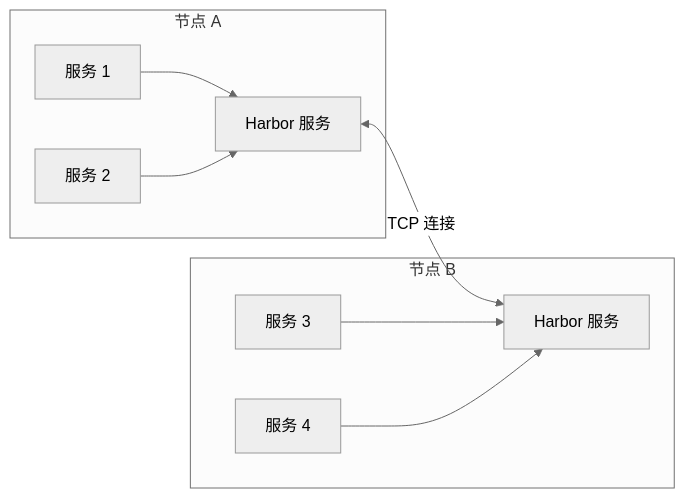
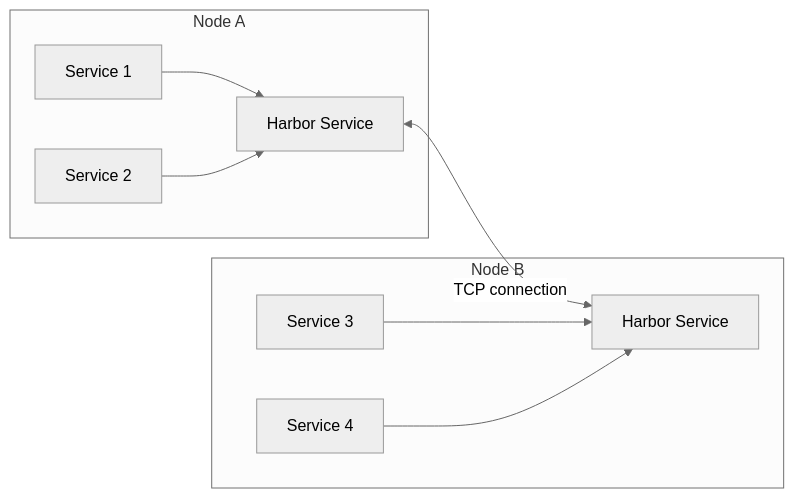
One commit to cuihairu/skynet changed the third of 3 diagrams in docs/analysis/core-modules.md. Above: the diagram before and after it, drawn with Mermaid (neutral theme). The commit also changed other lines of this file and 86 other files, not shown here.

````diff
--- a/docs/analysis/core-modules.md
+++ b/docs/analysis/core-modules.md
@@ -254,20 +254,20 @@
 ```mermaid
 graph LR
-    subgraph 节点 A
-        HA[Harbor 服务]
-        SA1[服务 1]
-        SA2[服务 2]
+    subgraph "Node A"
+        HA[Harbor Service]
+        SA1[Service 1]
+        SA2[Service 2]
     end
 
-    subgraph 节点 B
-        HB[Harbor 服务]
-        SB1[服务 3]
-        SB2[服务 4]
+    subgraph "Node B"
+        HB[Harbor Service]
+        SB1[Service 3]
+        SB2[Service 4]
     end
 
-    HA <-->|TCP 连接| HB
+    HA <-->|TCP connection| HB
     SA1 --> HA
     SA2 --> HA
     SB1 --> HB
     SB2 --> HB
 ```
````
